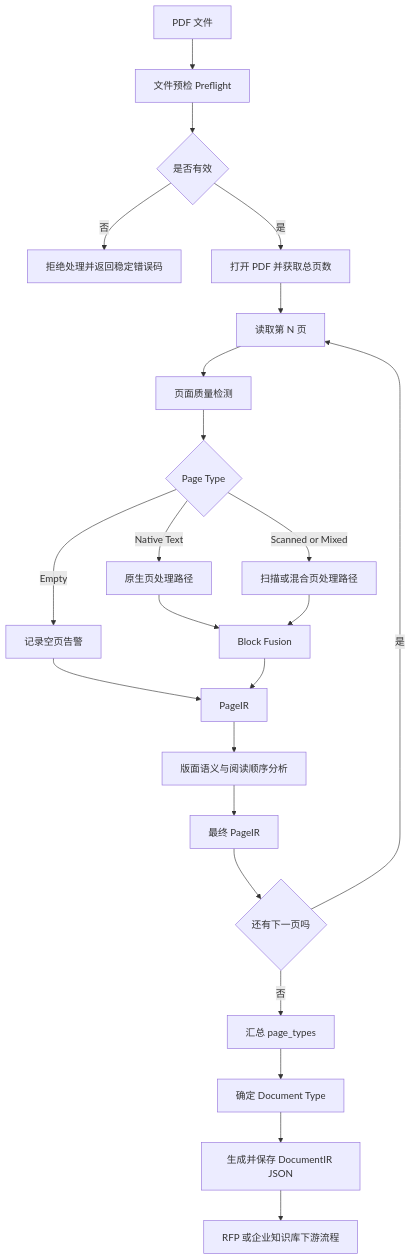
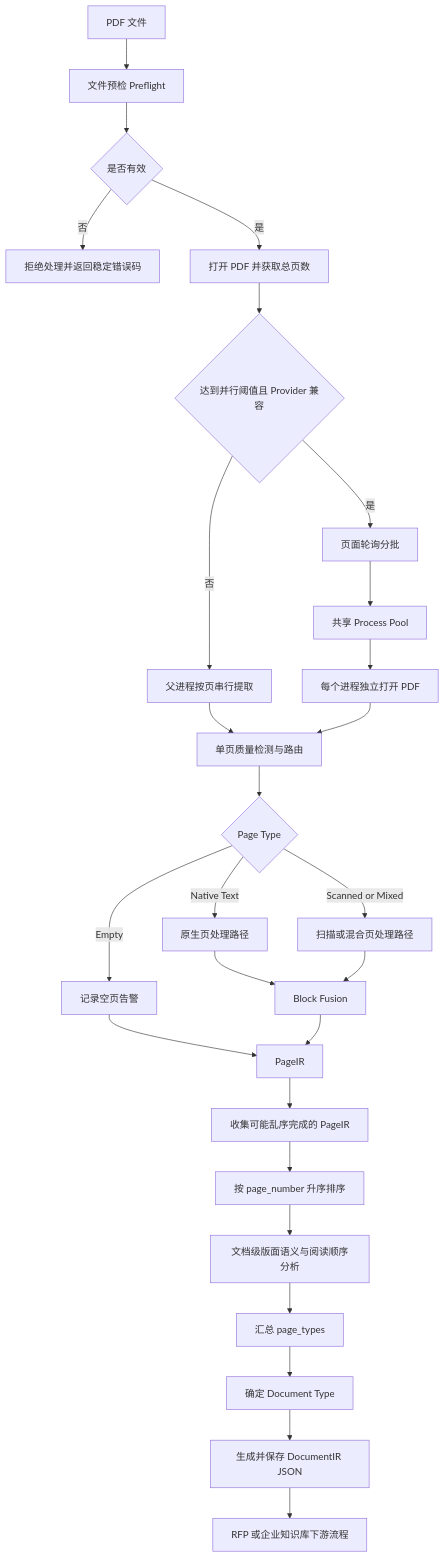
Before and after one commit to Watson277/DealFlow: the first of 4 diagrams in docs/pdf-processing-technical-architecture.md, drawn with Mermaid. The commit also changed other lines of this file and 11 other files, not shown here.

Commit message:
perf(pdf): parallelize page extraction

````diff
--- a/docs/pdf-processing-technical-architecture.md
+++ b/docs/pdf-processing-technical-architecture.md
@@ -8,29 +8,33 @@
 ```mermaid
 flowchart TD
     A[PDF 文件] --> B[文件预检 Preflight]
     B --> B1{是否有效}
     B1 -- 否 --> BX[拒绝处理并返回稳定错误码]
     B1 -- 是 --> C[打开 PDF 并获取总页数]
 
-    C --> D[读取第 N 页]
-    D --> E[页面质量检测]
+    C --> C1{达到并行阈值且 Provider 兼容}
+    C1 -- 否 --> D1[父进程按页串行提取]
+    C1 -- 是 --> D2[页面轮询分批]
+    D2 --> D3[共享 Process Pool]
+    D3 --> D4[每个进程独立打开 PDF]
+    D1 --> E[单页质量检测与路由]
+    D4 --> E
     E --> F{Page Type}
 
     F -- Native Text --> G[原生页处理路径]
     F -- Scanned or Mixed --> H[扫描或混合页处理路径]
     F -- Empty --> I[记录空页告警]
 
     G --> J[Block Fusion]
     H --> J
     I --> K[PageIR]
     J --> K
 
-    K --> L[版面语义与阅读顺序分析]
-    L --> M[最终 PageIR]
-    M --> N{还有下一页吗}
-    N -- 是 --> D
-    N -- 否 --> O[汇总 page_types]
+    K --> L[收集可能乱序完成的 PageIR]
+    L --> M[按 page_number 升序排序]
+    M --> N[文档级版面语义与阅读顺序分析]
+    N --> O[汇总 page_types]
     O --> P[确定 Document Type]
     P --> Q[生成并保存 DocumentIR JSON]
     Q --> R[RFP 或企业知识库下游流程]
 ```
````
